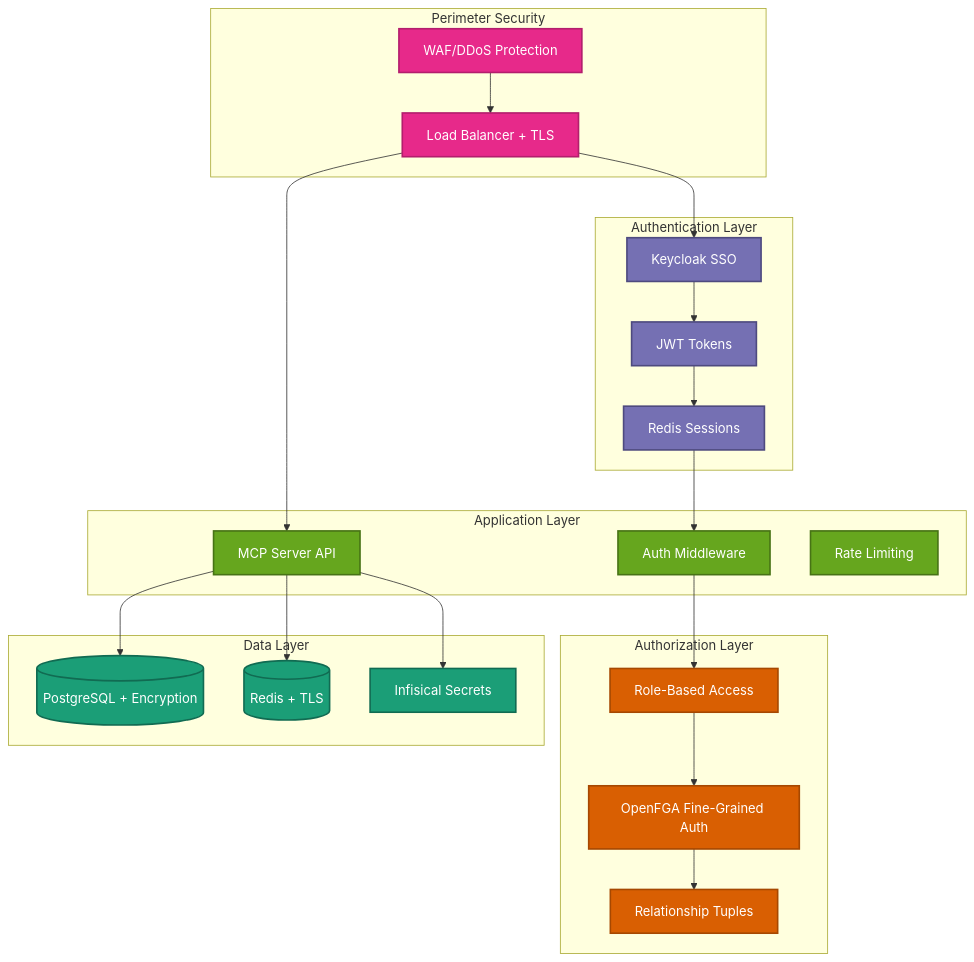
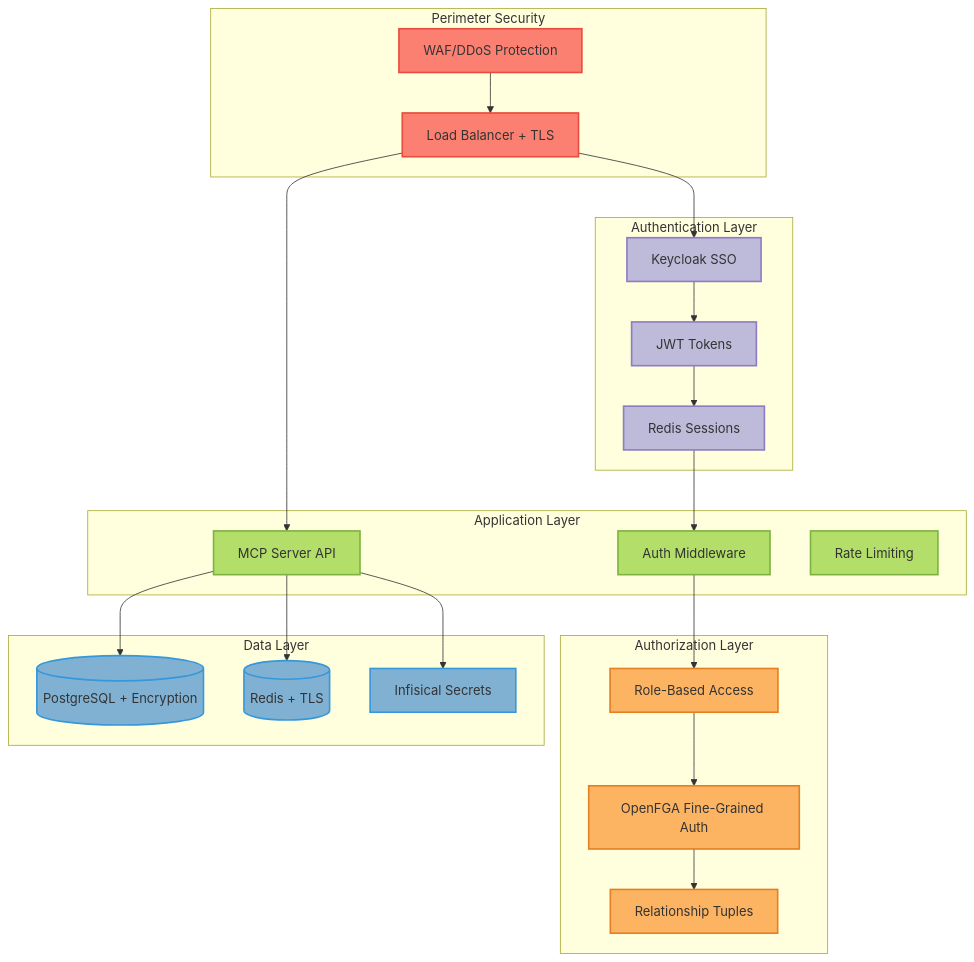
One commit to vishnu2kmohan/mcp-server-langgraph changed the diagram in docs/security/overview.mdx. Above: the diagram before and after it, drawn with Mermaid. The commit also changed 11 other files, not shown here.

First line of the commit message:
style: migrate all diagrams from Dark2 to Set3 ColorBrewer2 palette

````diff
--- a/docs/security/overview.mdx
+++ b/docs/security/overview.mdx
@@ -17,57 +17,57 @@
 ```mermaid
 graph TB
     subgraph Perimeter_Security["Perimeter Security"]
         WAF[WAF/DDoS Protection]
         LB[Load Balancer + TLS]
     end
 
     subgraph Authentication_Layer["Authentication Layer"]
         KC[Keycloak SSO]
         JWT[JWT Tokens]
         Session[Redis Sessions]
     end
 
     subgraph Authorization_Layer["Authorization Layer"]
         RBAC[Role-Based Access]
         FGA[OpenFGA Fine-Grained Auth]
         Tuples[Relationship Tuples]
     end
 
     subgraph Application_Layer["Application Layer"]
         API[MCP Server API]
         Middleware[Auth Middleware]
         RateLimit[Rate Limiting]
     end
 
     subgraph Data_Layer["Data Layer"]
         PG[(PostgreSQL + Encryption)]
         Redis[(Redis + TLS)]
         Secrets[Infisical Secrets]
     end
 
     WAF --> LB
     LB --> KC
     LB --> API
     KC --> JWT
     JWT --> Session
     Session --> Middleware
     Middleware --> RBAC
     RBAC --> FGA
     FGA --> Tuples
     API --> PG
     API --> Redis
     API --> Secrets
 
-    %% ColorBrewer2 Dark2 palette styling
-    classDef perimeterStyle fill:#e7298a,stroke:#b31e6d,stroke-width:2px,color:#fff
-    classDef authStyle fill:#7570b3,stroke:#4e4a7f,stroke-width:2px,color:#fff
-    classDef authzStyle fill:#d95f02,stroke:#a64801,stroke-width:2px,color:#fff
-    classDef appStyle fill:#66a61e,stroke:#477315,stroke-width:2px,color:#fff
-    classDef dataStyle fill:#1b9e77,stroke:#116b52,stroke-width:2px,color:#fff
+    %% ColorBrewer2 Set3 palette styling
+    classDef perimeterStyle fill:#fb8072,stroke:#e74c3c,stroke-width:2px,color:#333
+    classDef authStyle fill:#bebada,stroke:#8e7cc3,stroke-width:2px,color:#333
+    classDef authzStyle fill:#fdb462,stroke:#e67e22,stroke-width:2px,color:#333
+    classDef appStyle fill:#b3de69,stroke:#7cb342,stroke-width:2px,color:#333
+    classDef dataStyle fill:#80b1d3,stroke:#3498db,stroke-width:2px,color:#333
 
     class WAF,LB perimeterStyle
     class KC,JWT,Session authStyle
     class RBAC,FGA,Tuples authzStyle
     class API,Middleware,RateLimit appStyle
     class PG,Redis,Secrets dataStyle
 ```
````
